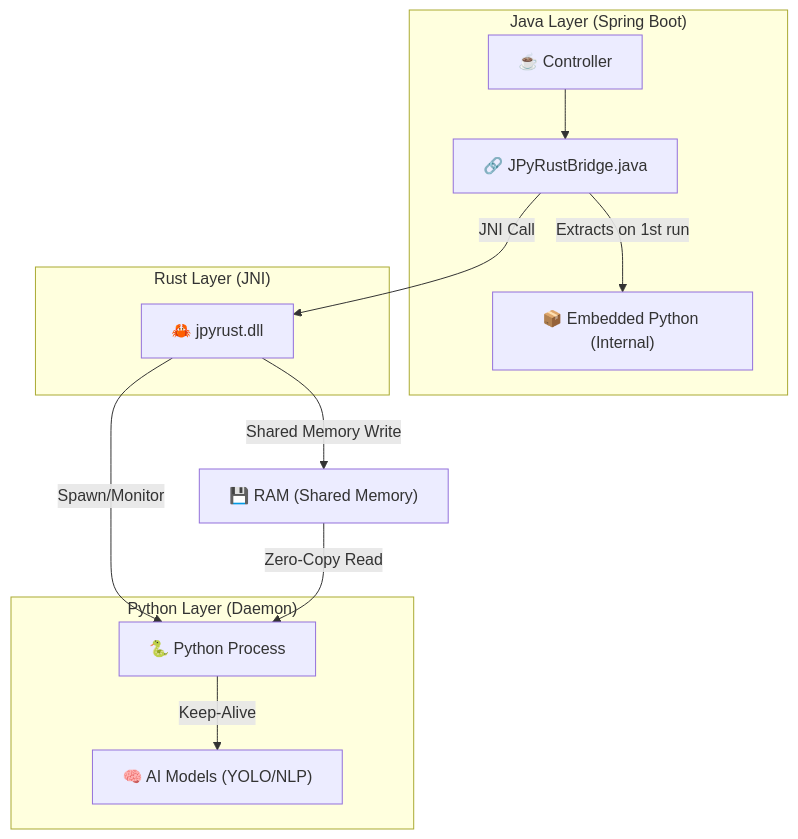
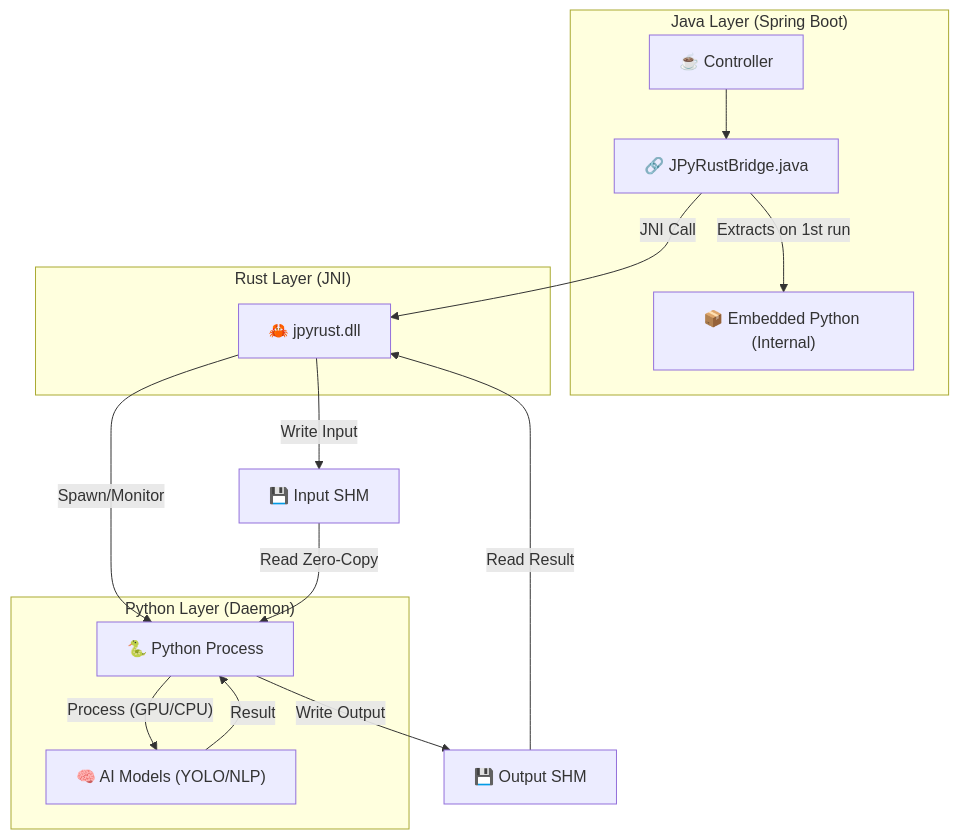
Before and after one commit to farmer0010/JPyRust: the diagram in README.md, drawn with Mermaid. The commit also changed other lines of this file and 3 other files, not shown here.

````diff
--- a/README.md
+++ b/README.md
@@ -51,25 +64,30 @@
 ```mermaid
 graph TD
     subgraph "Java Layer (Spring Boot)"
         Controller["☕ Controller"]
         JavaBridge["🔗 JPyRustBridge.java"]
         Dist["📦 Embedded Python (Internal)"]
     end
 
     subgraph "Rust Layer (JNI)"
         RustBridge["🦀 jpyrust.dll"]
     end
 
     subgraph "Python Layer (Daemon)"
         Daemon["🐍 Python Process"]
         Models["🧠 AI Models (YOLO/NLP)"]
     end
 
     Controller --> JavaBridge
     JavaBridge -- "Extracts on 1st run" --> Dist
     JavaBridge -- "JNI Call" --> RustBridge
     RustBridge -- "Spawn/Monitor" --> Daemon
-    RustBridge -- "Shared Memory Write" --> RAM["💾 RAM (Shared Memory)"]
-    RAM -- "Zero-Copy Read" --> Daemon
-    Daemon -- "Keep-Alive" --> Models
+    
+    RustBridge -- "Write Input" --> RAM_IN["💾 Input SHM"]
+    RAM_IN -- "Read Zero-Copy" --> Daemon
+    Daemon -- "Process (GPU/CPU)" --> Models
+    
+    Models -- "Result" --> Daemon
+    Daemon -- "Write Output" --> RAM_OUT["💾 Output SHM"]
+    RAM_OUT -- "Read Result" --> RustBridge
 ```
````
